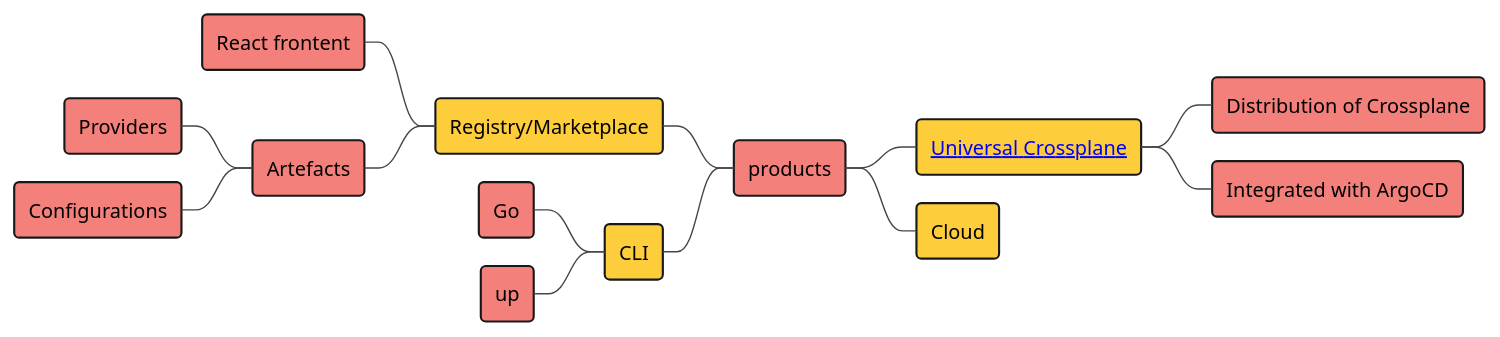
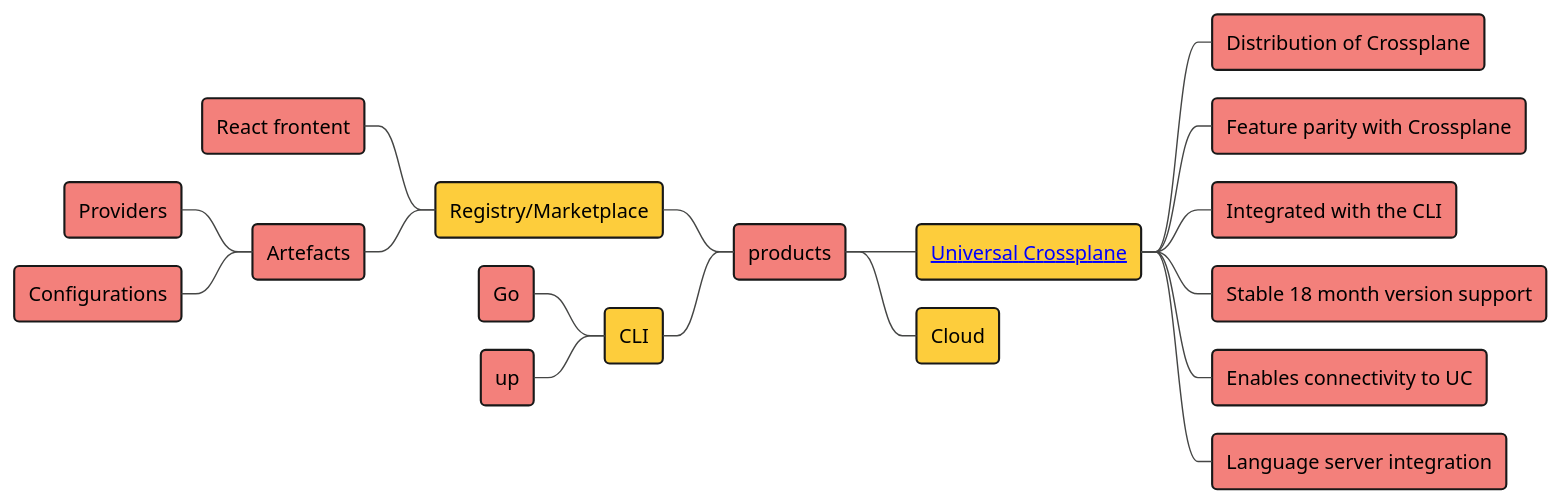
The diagram in diagrams/upbound-products-map.puml (Piotr1215/cloudrumble), drawn with PlantUML before and after one commit. The commit also changed 1 other file, not shown here.

Commit message:
Feature parity

```diff
--- a/diagrams/upbound-products-map.puml
+++ b/diagrams/upbound-products-map.puml
@@ -1,26 +1,30 @@
 @startmindmap
 !theme vibrant
 <style>
 mindmapDiagram {
     node {
         BackgroundColor #f3807b
     }
     :depth(1) {
       BackGroundColor #fdcd3c
     }
 }
 </style>
 * products
 ++ [[https://github.com/upbound/universal-crossplane Universal Crossplane]]
 +++ Distribution of Crossplane
-+++ Integrated with ArgoCD
++++ Feature parity with Crossplane
++++ Integrated with the CLI
++++ Stable 18 month version support
++++ Enables connectivity to UC
++++ Language server integration
 ++ Cloud
 -- Registry/Marketplace
 --- React frontent
 --- Artefacts
 ---- Providers
 ---- Configurations
 -- CLI
 --- Go
 --- up
 @endmindmap
```
